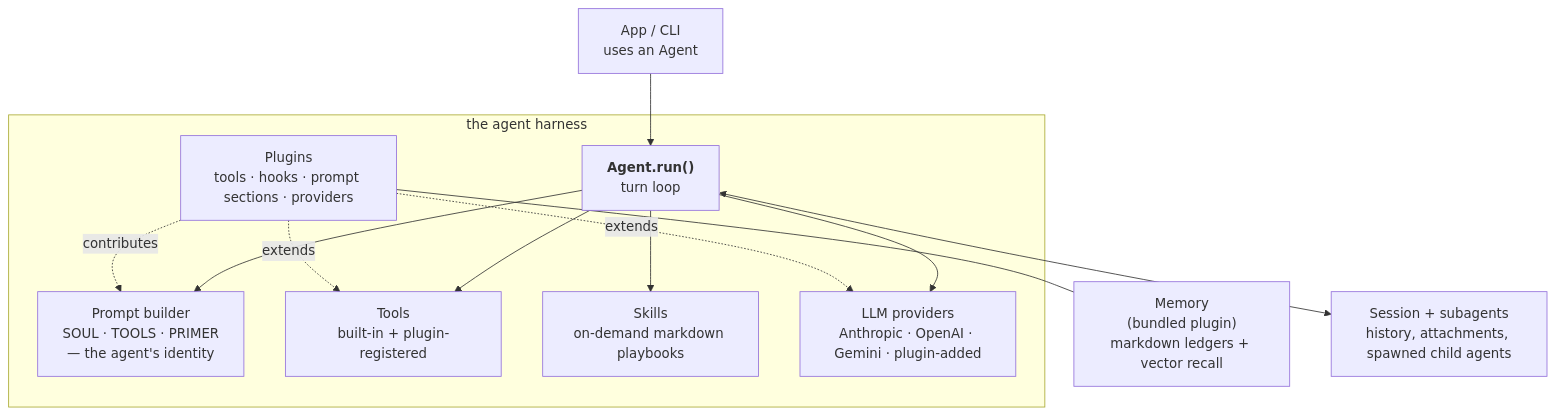
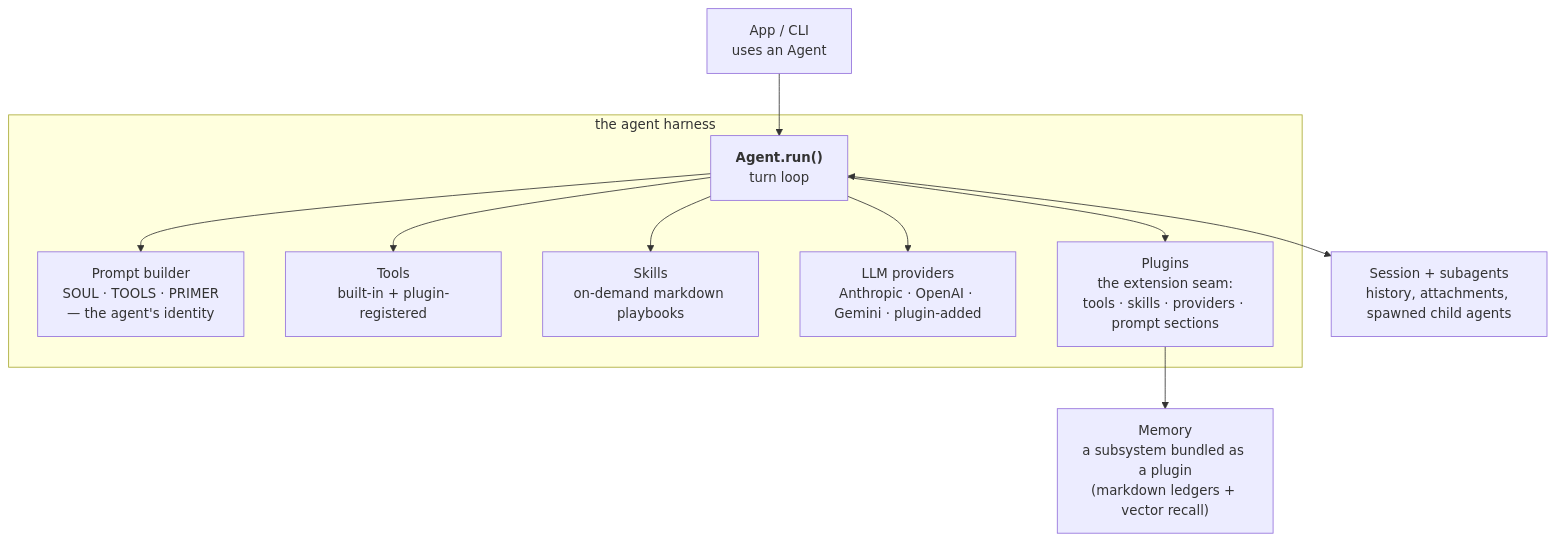
Before and after one commit to derekwisong/pyagent: the first of 3 diagrams in docs/architecture.md, drawn with Mermaid.

Commit message:
docs: flatten architecture overview into a clean tree
The cross-cutting dashed plugin edges and the long Plugins---Memory
edge made the rendered chart a tangle. Drop them: Agent --> each of
its five harness pieces, Plugins --> Memory as the one example
subsystem. The plugins-as-extension-seam point now lives in the box
label and the Notes instead of in crossing edges.

````diff
--- a/docs/architecture.md
+++ b/docs/architecture.md
@@ -7,28 +7,26 @@
 ```mermaid
 flowchart TB
     APP["App / CLI<br/>uses an Agent"]
 
     subgraph HARNESS["the agent harness"]
         AGENT["<b>Agent.run()</b><br/>turn loop"]
         PROMPT["Prompt builder<br/>SOUL · TOOLS · PRIMER<br/>— the agent's identity"]
         TOOLS["Tools<br/>built-in + plugin-registered"]
         SKILLS["Skills<br/>on-demand markdown playbooks"]
-        PLUGINS["Plugins<br/>tools · hooks · prompt sections · providers"]
         LLM["LLM providers<br/>Anthropic · OpenAI · Gemini · plugin-added"]
+        PLUGINS["Plugins<br/>the extension seam:<br/>tools · skills · providers · prompt sections"]
 
         AGENT --> PROMPT
         AGENT --> TOOLS
         AGENT --> SKILLS
         AGENT --> LLM
-        PLUGINS -.extends.-> TOOLS
-        PLUGINS -.extends.-> LLM
-        PLUGINS -.contributes.-> PROMPT
+        AGENT --> PLUGINS
     end
 
-    MEMORY["Memory<br/>(bundled plugin)<br/>markdown ledgers + vector recall"]
+    MEMORY["Memory<br/>a subsystem bundled as a plugin<br/>(markdown ledgers + vector recall)"]
     RUNTIME["Session + subagents<br/>history, attachments, spawned child agents"]
 
     APP --> AGENT
-    PLUGINS --- MEMORY
+    PLUGINS --> MEMORY
     AGENT <--> RUNTIME
 ```
````
